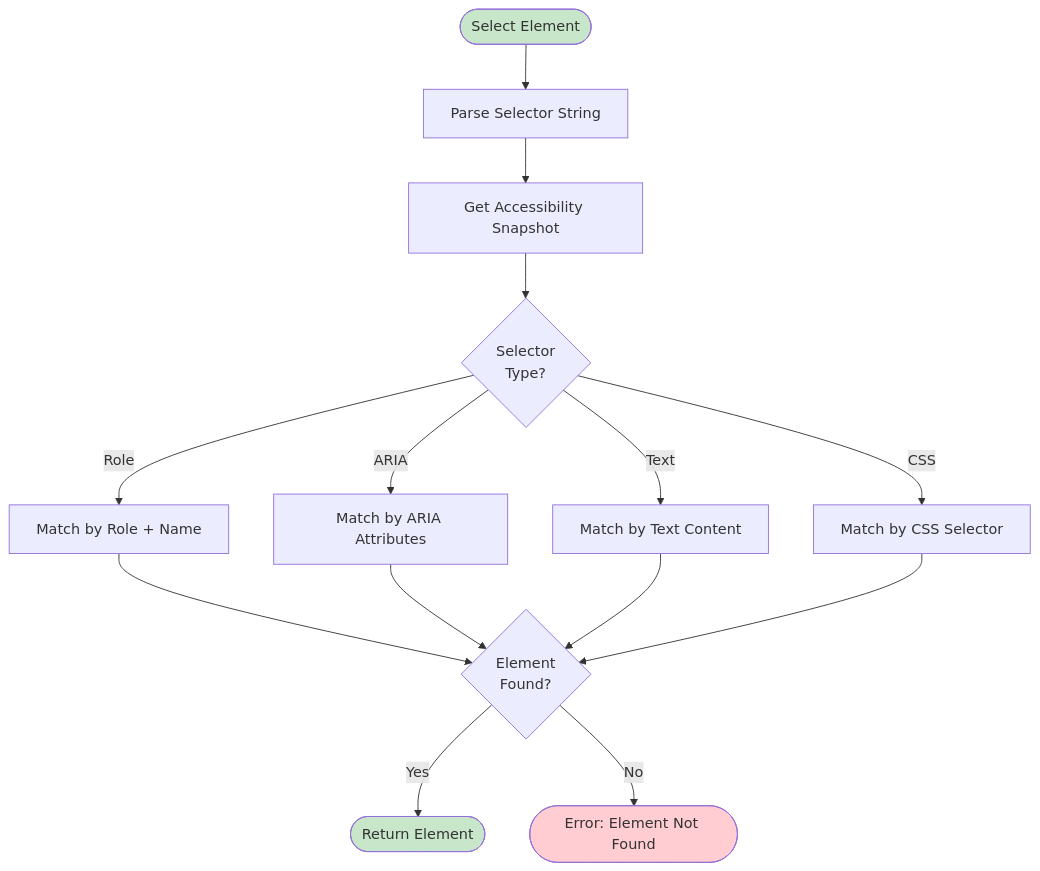
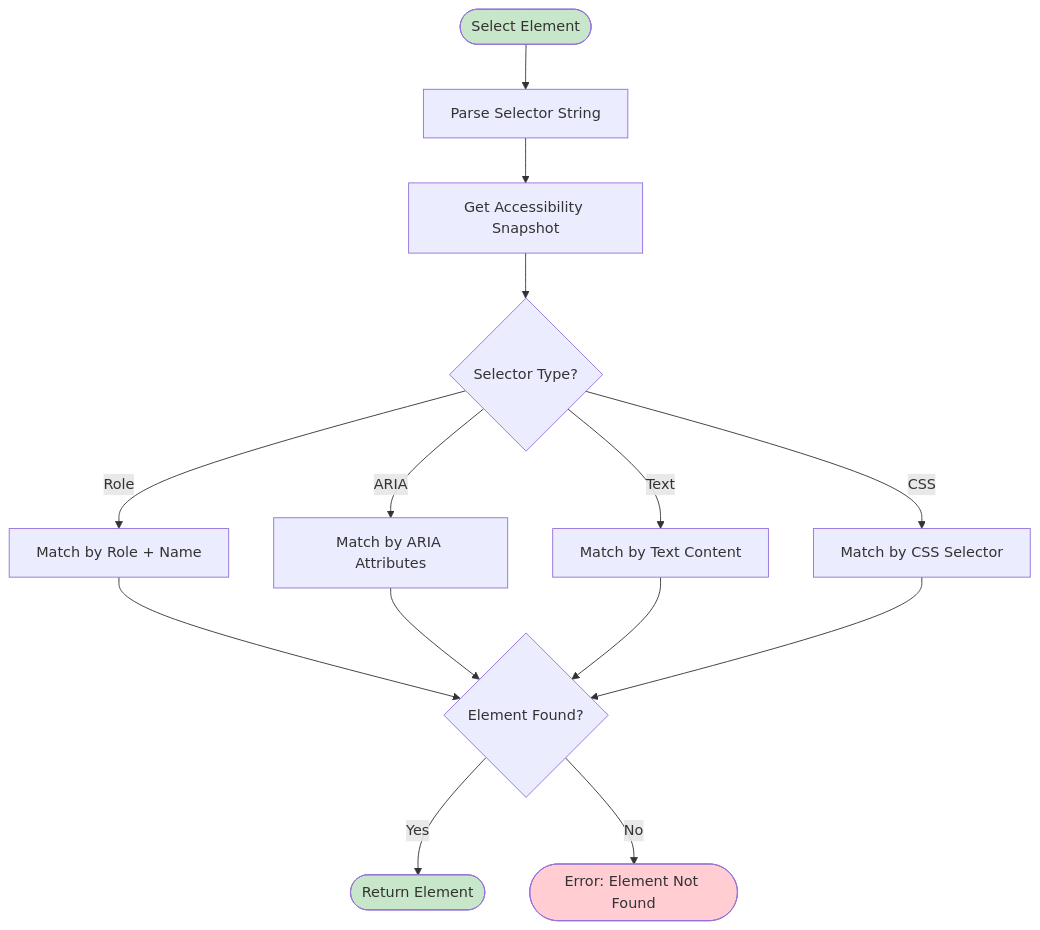
The tenth of 19 diagrams in wiki/Playwright-Client.md (softwarewrighter/ui-test-rs), drawn with Mermaid before and after one commit. The commit also changed other lines of this file and 10 other files, not shown here.

First line of the commit message:
Fix wiki Mermaid diagrams: remove <br/> tags

````diff
--- a/wiki/Playwright-Client.md
+++ b/wiki/Playwright-Client.md
@@ -332,38 +332,38 @@
 ```mermaid
 flowchart TB
     Start([Select Element])
     ParseSelector[Parse Selector String]
     GetSnapshot[Get Accessibility Snapshot]
 
-    CheckType{Selector<br/>Type?}
+    CheckType{Selector Type?}
 
     RoleMatch[Match by Role + Name]
     AriaMatch[Match by ARIA Attributes]
     TextMatch[Match by Text Content]
     CSSMatch[Match by CSS Selector]
 
-    Found{Element<br/>Found?}
+    Found{Element Found?}
     Success([Return Element])
     NotFound([Error: Element Not Found])
 
     Start --> ParseSelector
     ParseSelector --> GetSnapshot
     GetSnapshot --> CheckType
 
     CheckType -->|Role| RoleMatch
     CheckType -->|ARIA| AriaMatch
     CheckType -->|Text| TextMatch
     CheckType -->|CSS| CSSMatch
 
     RoleMatch --> Found
     AriaMatch --> Found
     TextMatch --> Found
     CSSMatch --> Found
 
     Found -->|Yes| Success
     Found -->|No| NotFound
 
     style Start fill:#c8e6c9
     style Success fill:#c8e6c9
     style NotFound fill:#ffcdd2
 ```
````
